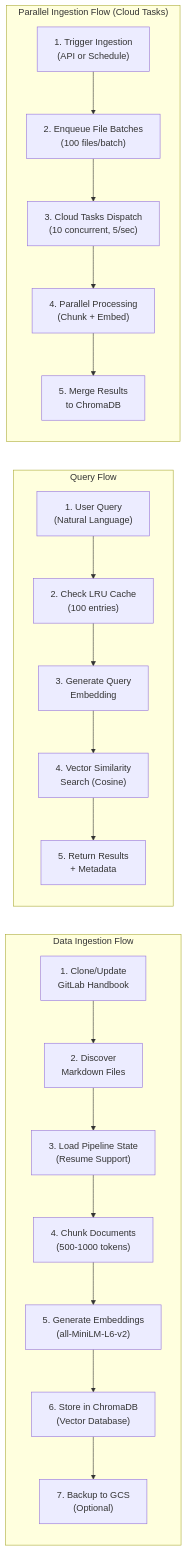
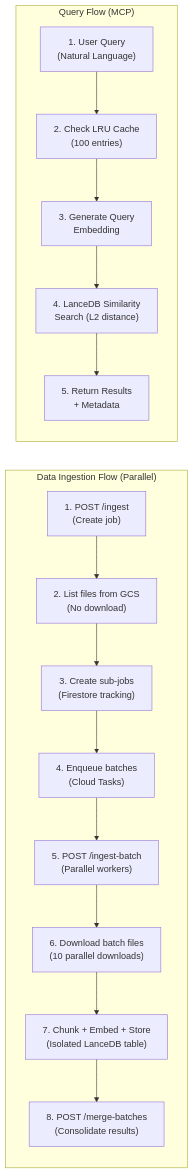
One commit to TheWinterShadow/Thoth changed the second of 5 diagrams in README.md. Above: the diagram before and after it, drawn with Mermaid. The commit also changed other lines of this file and 27 other files, not shown here.

First line of the commit message:
Migrates ingestion pipeline to parallel LanceDB batch processing

````diff
--- a/README.md
+++ b/README.md
@@ -273,37 +271,27 @@
 ```mermaid
 flowchart LR
-    subgraph Ingestion["Data Ingestion Flow"]
+    subgraph Ingestion["Data Ingestion Flow (Parallel)"]
         direction TB
-        A1["1. Clone/Update<br/>GitLab Handbook"]
-        A2["2. Discover<br/>Markdown Files"]
-        A3["3. Load Pipeline State<br/>(Resume Support)"]
-        A4["4. Chunk Documents<br/>(500-1000 tokens)"]
-        A5["5. Generate Embeddings<br/>(all-MiniLM-L6-v2)"]
-        A6["6. Store in ChromaDB<br/>(Vector Database)"]
-        A7["7. Backup to GCS<br/>(Optional)"]
+        A1["1. POST /ingest<br/>(Create job)"]
+        A2["2. List files from GCS<br/>(No download)"]
+        A3["3. Create sub-jobs<br/>(Firestore tracking)"]
+        A4["4. Enqueue batches<br/>(Cloud Tasks)"]
+        A5["5. POST /ingest-batch<br/>(Parallel workers)"]
+        A6["6. Download batch files<br/>(10 parallel downloads)"]
+        A7["7. Chunk + Embed + Store<br/>(Isolated LanceDB table)"]
+        A8["8. POST /merge-batches<br/>(Consolidate results)"]
 
-        A1 --> A2 --> A3 --> A4 --> A5 --> A6 --> A7
+        A1 --> A2 --> A3 --> A4 --> A5 --> A6 --> A7 --> A8
     end
 
-    subgraph Query["Query Flow"]
+    subgraph Query["Query Flow (MCP)"]
         direction TB
         B1["1. User Query<br/>(Natural Language)"]
         B2["2. Check LRU Cache<br/>(100 entries)"]
         B3["3. Generate Query<br/>Embedding"]
-        B4["4. Vector Similarity<br/>Search (Cosine)"]
+        B4["4. LanceDB Similarity<br/>Search (L2 distance)"]
         B5["5. Return Results<br/>+ Metadata"]
 
         B1 --> B2 --> B3 --> B4 --> B5
     end
-
-    subgraph Parallel["Parallel Ingestion Flow (Cloud Tasks)"]
-        direction TB
-        C1["1. Trigger Ingestion<br/>(API or Schedule)"]
-        C2["2. Enqueue File Batches<br/>(100 files/batch)"]
-        C3["3. Cloud Tasks Dispatch<br/>(10 concurrent, 5/sec)"]
-        C4["4. Parallel Processing<br/>(Chunk + Embed)"]
-        C5["5. Merge Results<br/>to ChromaDB"]
-
-        C1 --> C2 --> C3 --> C4 --> C5
-    end
 ```
````
